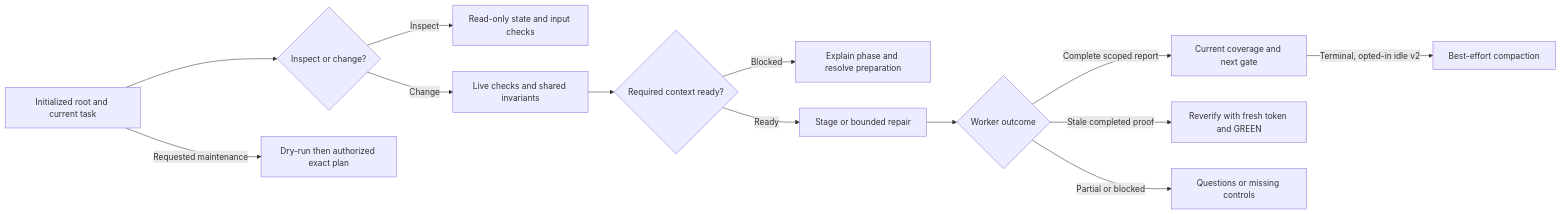
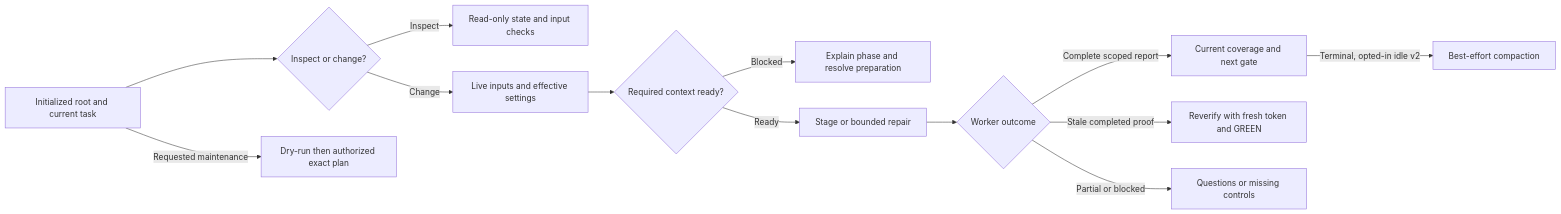
The diagram in skills/workflow/SKILL.md (wgentil/devflow), drawn with Mermaid before and after one commit. The commit also changed other lines of this file and 38 other files, not shown here.

````diff
--- a/skills/workflow/SKILL.md
+++ b/skills/workflow/SKILL.md
@@ -16,15 +16,15 @@
 ```mermaid
 flowchart LR
     Scope[Initialized root and current task] --> Mode{Inspect or change?}
     Mode -->|Inspect| Inspect[Read-only state and input checks]
-    Mode -->|Change| Checks[Live checks and shared invariants]
+    Mode -->|Change| Checks[Live inputs and effective settings]
     Checks --> Prep{Required context ready?}
     Prep -->|Blocked| Context[Explain phase and resolve preparation]
     Prep -->|Ready| Work[Stage or bounded repair]
     Work --> Result{Worker outcome}
     Result -->|Complete scoped report| Evidence[Current coverage and next gate]
     Result -->|Stale completed proof| Reverify[Reverify with fresh token and GREEN]
     Result -->|Partial or blocked| Recover[Questions or missing controls]
     Evidence -->|Terminal, opted-in idle v2| Compact[Best-effort compaction]
     Scope -->|Requested maintenance| Plan[Dry-run then authorized exact plan]
 ```
````
